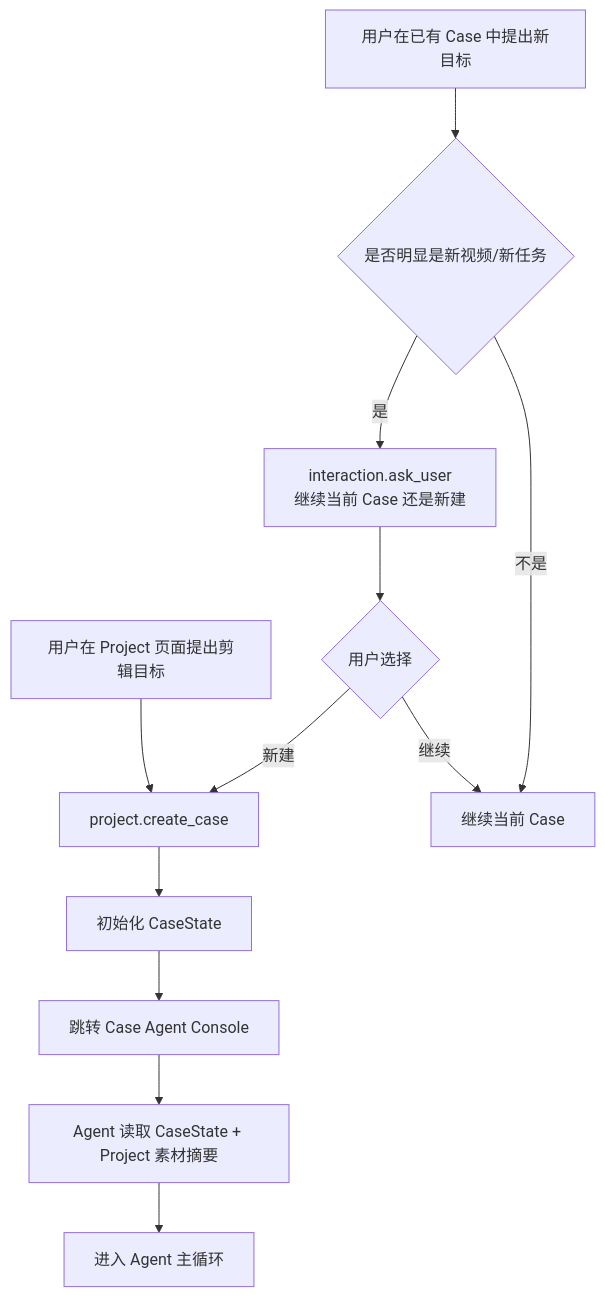
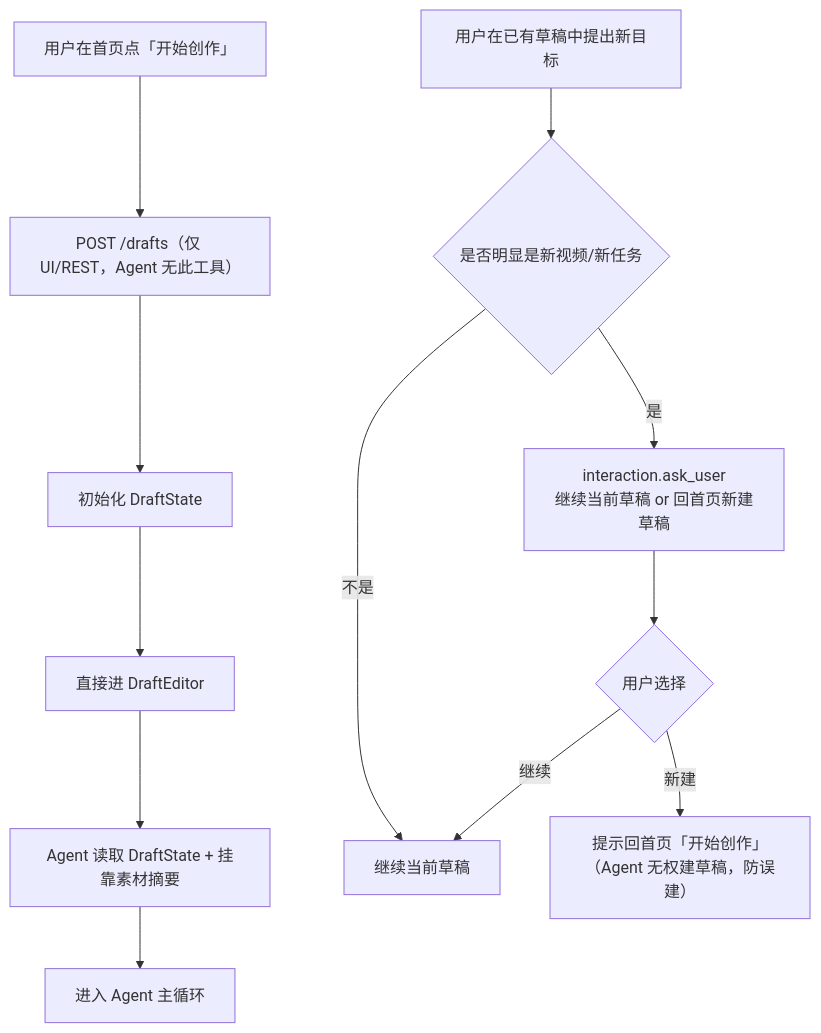
The first of 23 diagrams in PRD.md (nanzhi84/Rushes), drawn with Mermaid before and after one commit. The commit also changed other lines of this file and 185 other files, not shown here.

First line of the commit message:
单级草稿模型：Project/Case 合并为 Draft + API 扁平化 + 素材全局去重 (#45)

````diff
--- a/PRD.md
+++ b/PRD.md
@@ -110,15 +106,15 @@
 ```mermaid
 flowchart TB
-  A["用户在 Project 页面提出剪辑目标"] --> B["project.create_case"]
-  B --> C["初始化 CaseState"]
-  C --> D["跳转 Case Agent Console"]
-  D --> E["Agent 读取 CaseState + Project 素材摘要"]
+  A["用户在首页点「开始创作」"] --> B["POST /drafts（仅 UI/REST，Agent 无此工具）"]
+  B --> C["初始化 DraftState"]
+  C --> D["直接进 DraftEditor"]
+  D --> E["Agent 读取 DraftState + 挂靠素材摘要"]
   E --> F["进入 Agent 主循环"]
 
-  G["用户在已有 Case 中提出新目标"] --> H{"是否明显是新视频/新任务"}
-  H -->|不是| I["继续当前 Case"]
-  H -->|是| J["interaction.ask_user<br/>继续当前 Case 还是新建"]
+  G["用户在已有草稿中提出新目标"] --> H{"是否明显是新视频/新任务"}
+  H -->|不是| I["继续当前草稿"]
+  H -->|是| J["interaction.ask_user<br/>继续当前草稿 or 回首页新建草稿"]
   J --> K{"用户选择"}
   K -->|继续| I
-  K -->|新建| B
+  K -->|新建| L["提示回首页「开始创作」<br/>（Agent 无权建草稿，防误建）"]
 ```
````
